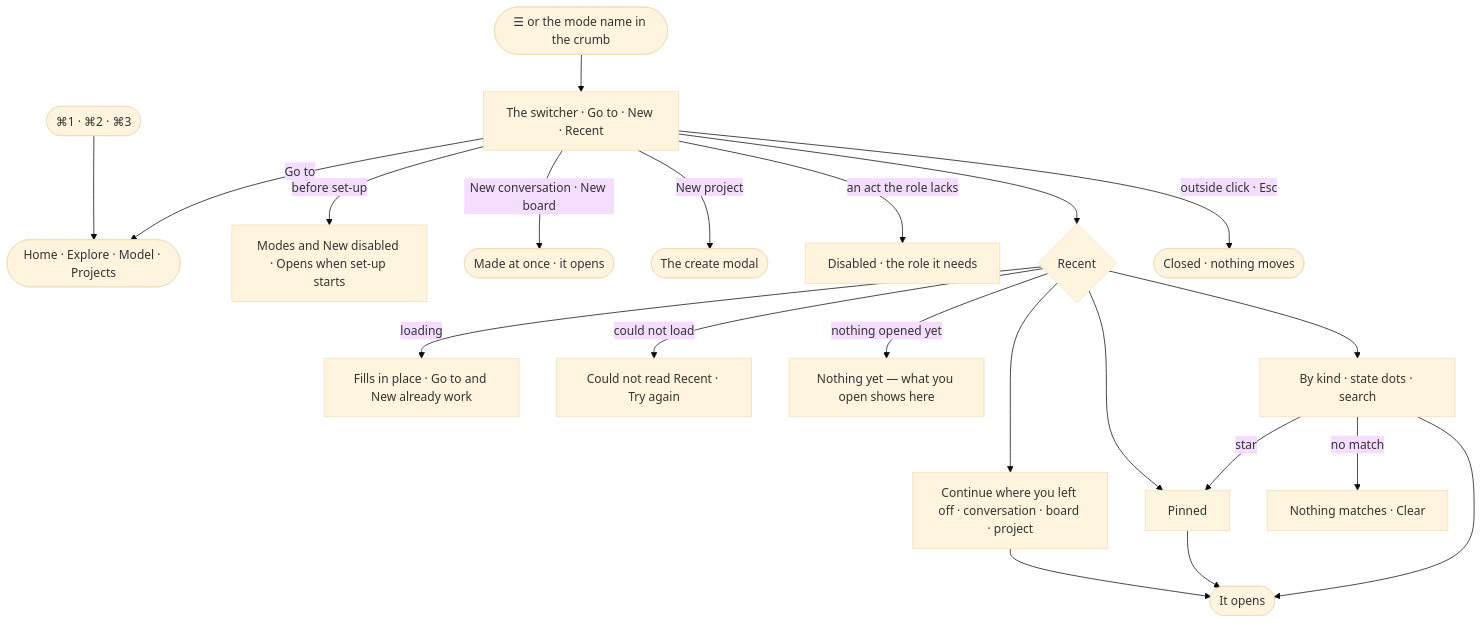
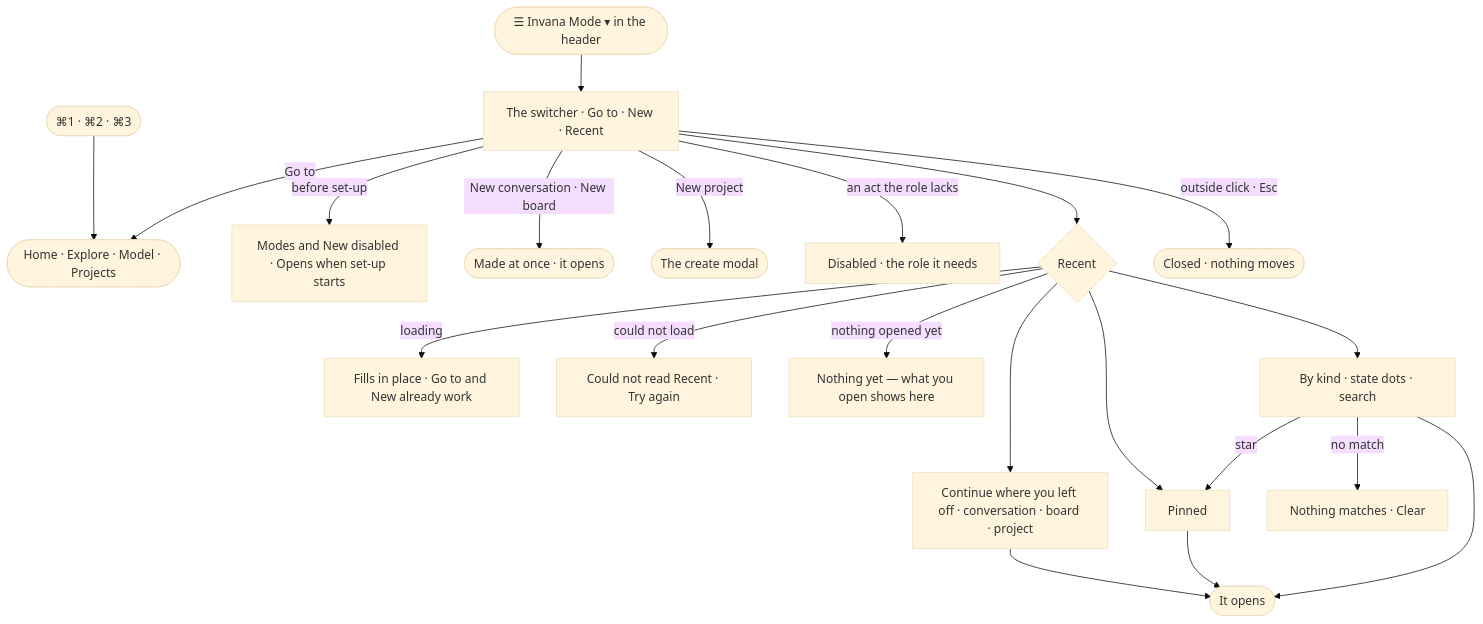
The diagram in specs/os/control/features/CP-F07-find-your-way/stories/CP-68-switch-mode-and-pick-up-where-i-left-off/story.md (invana/invana), drawn with Mermaid (base theme) before and after one commit. The commit also changed other lines of this file and 7 other files, not shown here.

````diff
--- a/specs/os/control/features/CP-F07-find-your-way/stories/CP-68-switch-mode-and-pick-up-where-i-left-off/story.md
+++ b/specs/os/control/features/CP-F07-find-your-way/stories/CP-68-switch-mode-and-pick-up-where-i-left-off/story.md
@@ -26,23 +26,23 @@
 ```mermaid
 flowchart TD
-  o([☰ or the mode name in the crumb]) --> sw["The switcher · Go to · New · Recent"]
+  o([☰ Invana Mode ▾ in the header]) --> sw["The switcher · Go to · New · Recent"]
   k([⌘1 · ⌘2 · ⌘3]) --> mode
   sw -->|before set-up| bs["Modes and New disabled · Opens when set-up starts"]
   sw -->|Go to| mode(["Home · Explore · Model · Projects"])
   sw -->|New conversation · New board| now(["Made at once · it opens"])
   sw -->|New project| pm(["The create modal"])
   sw -->|an act the role lacks| dis["Disabled · the role it needs"]
   sw --> rec{"Recent"}
   rec -->|loading| ld["Fills in place · Go to and New already work"]
   rec -->|could not load| fl["Could not read Recent · Try again"]
   rec -->|nothing opened yet| fu["Nothing yet — what you open shows here"]
   rec --> cont["Continue where you left off · conversation · board · project"]
   rec --> pin["Pinned"]
   rec --> lists["By kind · state dots · search"]
   lists -->|star| pin
   lists -->|no match| nm["Nothing matches · Clear"]
   cont --> open(["It opens"])
   pin --> open
   lists --> open
   sw -->|outside click · Esc| x(["Closed · nothing moves"])
 ```
````
